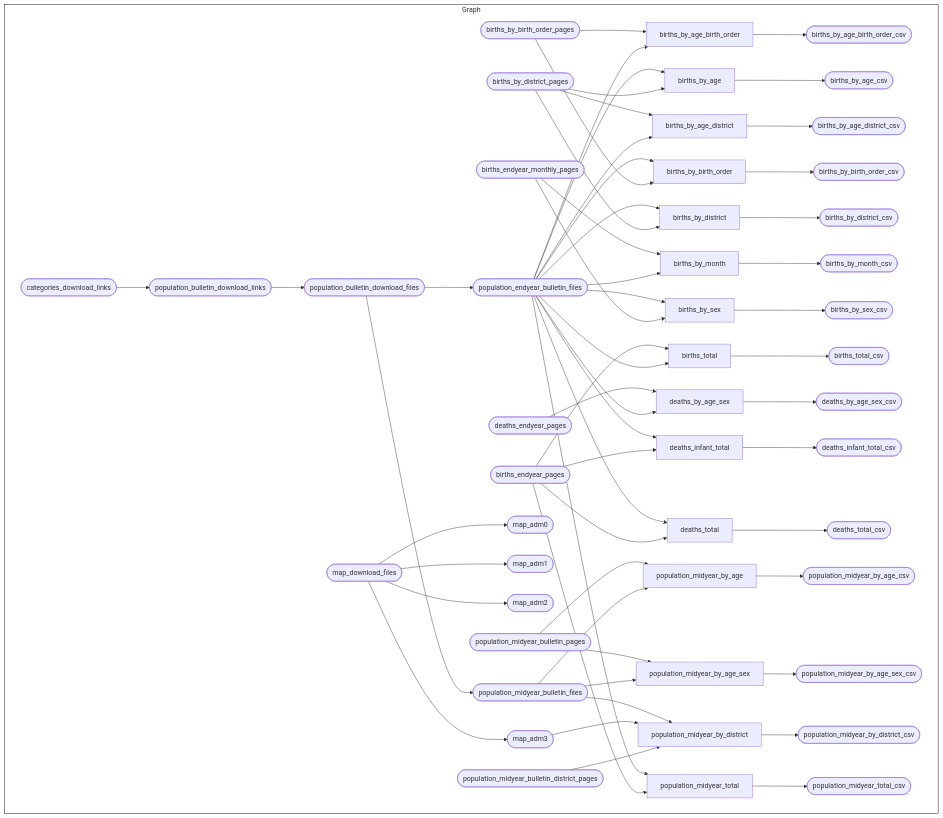
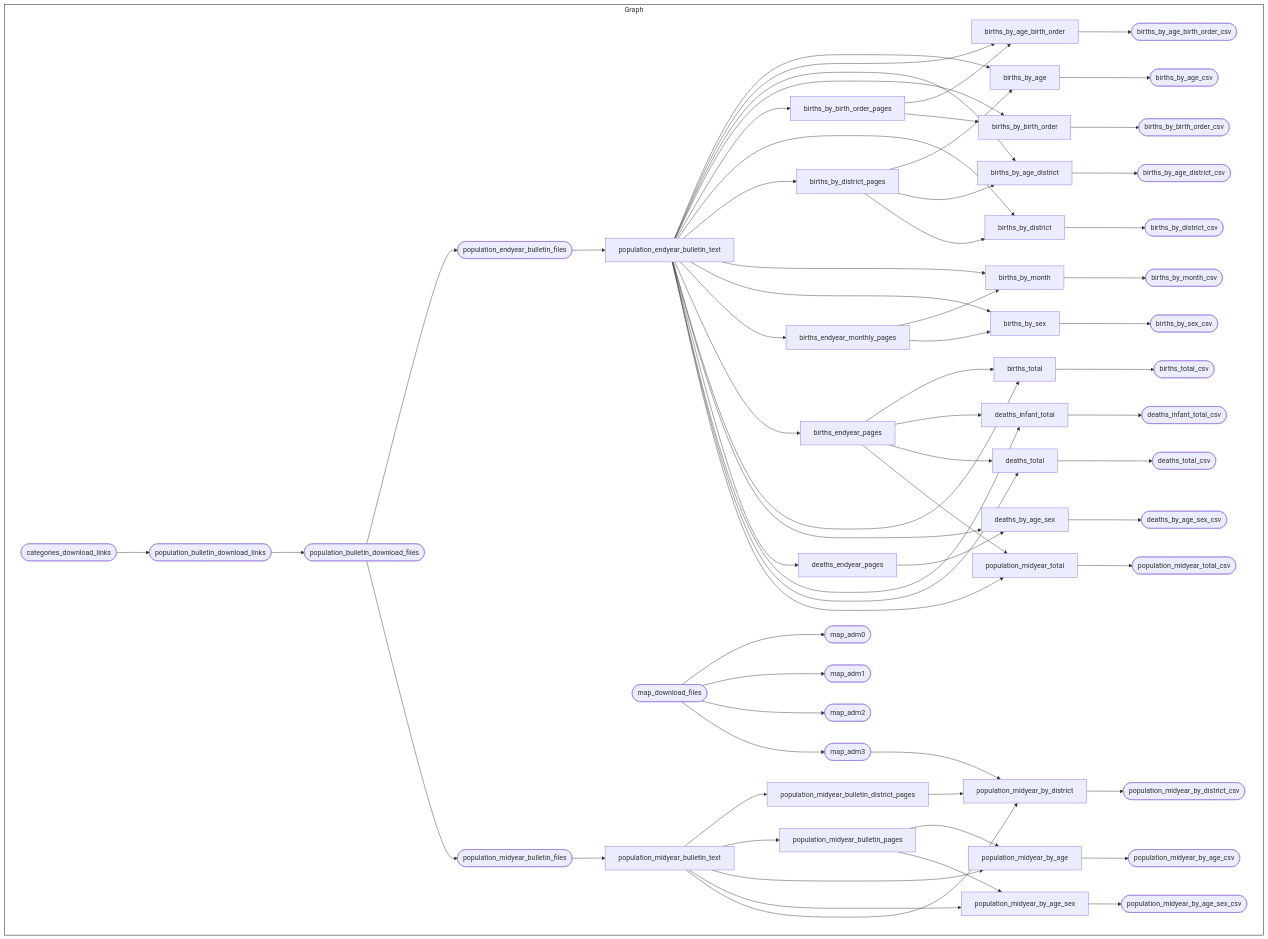
One commit to OxfordIHTM/seychelles-statistics changed the diagram in README.md. Above: the diagram before and after it, drawn with Mermaid. The commit also changed other lines of this file and 2 other files, not shown here.

Commit message:
re-organise handbook and README; fix #123; fix #124; fix #125

````diff
--- a/README.md
+++ b/README.md
@@ -302,62 +302,71 @@
 ``` mermaid
 graph LR
   style Graph fill:#FFFFFF00,stroke:#000000;
   subgraph Graph
     direction LR
-    x39c53f3806f354bf(["births_by_district_pages"]):::skipped --> xb5d471b223f71093["births_by_age"]:::skipped
-    xeea0ec396e5de5da(["population_endyear_bulletin_files"]):::skipped --> xb5d471b223f71093["births_by_age"]:::skipped
-    xeea0ec396e5de5da(["population_endyear_bulletin_files"]):::skipped --> xfccd4550cd074700["births_by_age_birth_order"]:::skipped
-    x98cd2c1d9abf872a(["births_by_birth_order_pages"]):::skipped --> xfccd4550cd074700["births_by_age_birth_order"]:::skipped
+    x39c53f3806f354bf["births_by_district_pages"]:::skipped --> xb5d471b223f71093["births_by_age"]:::skipped
+    x068156701a18b444["population_endyear_bulletin_text"]:::skipped --> xb5d471b223f71093["births_by_age"]:::skipped
+    x98cd2c1d9abf872a["births_by_birth_order_pages"]:::skipped --> xfccd4550cd074700["births_by_age_birth_order"]:::skipped
+    x068156701a18b444["population_endyear_bulletin_text"]:::skipped --> xfccd4550cd074700["births_by_age_birth_order"]:::skipped
     xfccd4550cd074700["births_by_age_birth_order"]:::skipped --> x0c11dddedf200cf6(["births_by_age_birth_order_csv"]):::completed
     xb5d471b223f71093["births_by_age"]:::skipped --> xbbabd51f8df64492(["births_by_age_csv"]):::completed
-    xeea0ec396e5de5da(["population_endyear_bulletin_files"]):::skipped --> x4094d4f6d0f8f35a["births_by_age_district"]:::skipped
-    x39c53f3806f354bf(["births_by_district_pages"]):::skipped --> x4094d4f6d0f8f35a["births_by_age_district"]:::skipped
+    x39c53f3806f354bf["births_by_district_pages"]:::skipped --> x4094d4f6d0f8f35a["births_by_age_district"]:::skipped
+    x068156701a18b444["population_endyear_bulletin_text"]:::skipped --> x4094d4f6d0f8f35a["births_by_age_district"]:::skipped
     x4094d4f6d0f8f35a["births_by_age_district"]:::skipped --> x11faadcda3280dc2(["births_by_age_district_csv"]):::completed
-    x98cd2c1d9abf872a(["births_by_birth_order_pages"]):::skipped --> x8f0b9b44ecb1c0ea["births_by_birth_order"]:::skipped
-    xeea0ec396e5de5da(["population_endyear_bulletin_files"]):::skipped --> x8f0b9b44ecb1c0ea["births_by_birth_order"]:::skipped
+    x98cd2c1d9abf872a["births_by_birth_order_pages"]:::skipped --> x8f0b9b44ecb1c0ea["births_by_birth_order"]:::skipped
+    x068156701a18b444["population_endyear_bulletin_text"]:::skipped --> x8f0b9b44ecb1c0ea["births_by_birth_order"]:::skipped
     x8f0b9b44ecb1c0ea["births_by_birth_order"]:::skipped --> x516b8a2e1c1f1ca7(["births_by_birth_order_csv"]):::completed
-    x39c53f3806f354bf(["births_by_district_pages"]):::skipped --> x0c2c53d9eeb365ed["births_by_district"]:::skipped
-    xeea0ec396e5de5da(["population_endyear_bulletin_files"]):::skipped --> x0c2c53d9eeb365ed["births_by_district"]:::skipped
-    x0c2c53d9eeb365ed["births_by_district"]:::skipped --> x45f5b18e27a4d0fe(["births_by_district_csv"]):::completed
-    xeea0ec396e5de5da(["population_endyear_bulletin_files"]):::skipped --> x2c584c9caafc1be8["births_by_month"]:::skipped
-    x5c7646da106bc2f6(["births_endyear_monthly_pages"]):::skipped --> x2c584c9caafc1be8["births_by_month"]:::skipped
-    x2c584c9caafc1be8["births_by_month"]:::skipped --> xa87bb9563f27e00c(["births_by_month_csv"]):::completed
-    x5c7646da106bc2f6(["births_endyear_monthly_pages"]):::skipped --> x1e485a7f2384826f["births_by_sex"]:::skipped
-    xeea0ec396e5de5da(["population_endyear_bulletin_files"]):::skipped --> x1e485a7f2384826f["births_by_sex"]:::skipped
-    x1e485a7f2384826f["births_by_sex"]:::skipped --> xa6b75ce42a7aa79e(["births_by_sex_csv"]):::completed
-    xeea0ec396e5de5da(["population_endyear_bulletin_files"]):::skipped --> x2f4500c2756065a9["births_total"]:::skipped
-    xe648a7801cd2da2c(["births_endyear_pages"]):::skipped --> x2f4500c2756065a9["births_total"]:::skipped
-    x2f4500c2756065a9["births_total"]:::skipped --> xd95928afea598d8e(["births_total_csv"]):::completed
-    xeea0ec396e5de5da(["population_endyear_bulletin_files"]):::skipped --> xae333981c466810a["deaths_by_age_sex"]:::skipped
-    x344a2780ffaeb7bd(["deaths_endyear_pages"]):::skipped --> xae333981c466810a["deaths_by_age_sex"]:::skipped
-    xae333981c466810a["deaths_by_age_sex"]:::skipped --> xaf8165dda7ea936b(["deaths_by_age_sex_csv"]):::completed
-    xe648a7801cd2da2c(["births_endyear_pages"]):::skipped --> x1d5c00f1e4e41ab7["deaths_infant_total"]:::skipped
-    xeea0ec396e5de5da(["population_endyear_bulletin_files"]):::skipped --> x1d5c00f1e4e41ab7["deaths_infant_total"]:::skipped
-    x1d5c00f1e4e41ab7["deaths_infant_total"]:::skipped --> x548dbfa0844427dc(["deaths_infant_total_csv"]):::completed
-    xe648a7801cd2da2c(["births_endyear_pages"]):::skipped --> xfd0ff0d9529d4bbd["deaths_total"]:::skipped
-    xeea0ec396e5de5da(["population_endyear_bulletin_files"]):::skipped --> xfd0ff0d9529d4bbd["deaths_total"]:::skipped
-    xfd0ff0d9529d4bbd["deaths_total"]:::skipped --> xe42488d3267f69ff(["deaths_total_csv"]):::completed
+    x068156701a18b444["population_endyear_bulletin_text"]:::skipped --> x98cd2c1d9abf872a["births_by_birth_order_pages"]:::skipped
+    x068156701a18b444["population_endyear_bulletin_text"]:::skipped --> x0c2c53d9eeb365ed["births_by_district"]:::skipped
+    x39c53f3806f354bf["births_by_district_pages"]:::skipped --> x0c2c53d9eeb365ed["births_by_district"]:::skipped
+    x0c2c53d9eeb365ed["births_by_district"]:::skipped --> x45f5b18e27a4d0fe(["births_by_district_csv"]):::skipped
+    x068156701a18b444["population_endyear_bulletin_text"]:::skipped --> x39c53f3806f354bf["births_by_district_pages"]:::skipped
+    x068156701a18b444["population_endyear_bulletin_text"]:::skipped --> x2c584c9caafc1be8["births_by_month"]:::skipped
+    x5c7646da106bc2f6["births_endyear_monthly_pages"]:::skipped --> x2c584c9caafc1be8["births_by_month"]:::skipped
+    x2c584c9caafc1be8["births_by_month"]:::skipped --> xa87bb9563f27e00c(["births_by_month_csv"]):::skipped
+    x5c7646da106bc2f6["births_endyear_monthly_pages"]:::skipped --> x1e485a7f2384826f["births_by_sex"]:::skipped
+    x068156701a18b444["population_endyear_bulletin_text"]:::skipped --> x1e485a7f2384826f["births_by_sex"]:::skipped
+    x1e485a7f2384826f["births_by_sex"]:::skipped --> xa6b75ce42a7aa79e(["births_by_sex_csv"]):::skipped
+    x068156701a18b444["population_endyear_bulletin_text"]:::skipped --> x5c7646da106bc2f6["births_endyear_monthly_pages"]:::skipped
+    x068156701a18b444["population_endyear_bulletin_text"]:::skipped --> xe648a7801cd2da2c["births_endyear_pages"]:::skipped
+    xe648a7801cd2da2c["births_endyear_pages"]:::skipped --> x2f4500c2756065a9["births_total"]:::skipped
+    x068156701a18b444["population_endyear_bulletin_text"]:::skipped --> x2f4500c2756065a9["births_total"]:::skipped
+    x2f4500c2756065a9["births_total"]:::skipped --> xd95928afea598d8e(["births_total_csv"]):::skipped
+    x344a2780ffaeb7bd["deaths_endyear_pages"]:::skipped --> xae333981c466810a["deaths_by_age_sex"]:::completed
+    x068156701a18b444["population_endyear_bulletin_text"]:::skipped --> xae333981c466810a["deaths_by_age_sex"]:::completed
+    xae333981c466810a["deaths_by_age_sex"]:::completed --> xaf8165dda7ea936b(["deaths_by_age_sex_csv"]):::completed
+    x068156701a18b444["population_endyear_bulletin_text"]:::skipped --> x344a2780ffaeb7bd["deaths_endyear_pages"]:::skipped
+    x068156701a18b444["population_endyear_bulletin_text"]:::skipped --> x1d5c00f1e4e41ab7["deaths_infant_total"]:::skipped
+    xe648a7801cd2da2c["births_endyear_pages"]:::skipped --> x1d5c00f1e4e41ab7["deaths_infant_total"]:::skipped
+    x1d5c00f1e4e41ab7["deaths_infant_total"]:::skipped --> x548dbfa0844427dc(["deaths_infant_total_csv"]):::skipped
+    xe648a7801cd2da2c["births_endyear_pages"]:::skipped --> xfd0ff0d9529d4bbd["deaths_total"]:::skipped
+    x068156701a18b444["population_endyear_bulletin_text"]:::skipped --> xfd0ff0d9529d4bbd["deaths_total"]:::skipped
+    xfd0ff0d9529d4bbd["deaths_total"]:::skipped --> xe42488d3267f69ff(["deaths_total_csv"]):::skipped
     x8e509dc7997a12f8(["map_download_files"]):::skipped --> x4851b2941f7c62fc(["map_adm0"]):::skipped
     x8e509dc7997a12f8(["map_download_files"]):::skipped --> xccb26dd891c9a035(["map_adm1"]):::skipped
     x8e509dc7997a12f8(["map_download_files"]):::skipped --> x30d02f8bff8e7f8d(["map_adm2"]):::skipped
     x8e509dc7997a12f8(["map_download_files"]):::skipped --> x7b26bed1fc581742(["map_adm3"]):::skipped
     x90a781ac8daf46c6(["population_bulletin_download_links"]):::skipped --> x303dcb35f327bc97(["population_bulletin_download_files"]):::skipped
     xa7b0e3bf1c25b597(["categories_download_links"]):::skipped --> x90a781ac8daf46c6(["population_bulletin_download_links"]):::skipped
     x303dcb35f327bc97(["population_bulletin_download_files"]):::skipped --> xeea0ec396e5de5da(["population_endyear_bulletin_files"]):::skipped
+    xeea0ec396e5de5da(["population_endyear_bulletin_files"]):::skipped --> x068156701a18b444["population_endyear_bulletin_text"]:::skipped
+    x0d01604fe60472ef["population_midyear_bulletin_text"]:::skipped --> x9f6b6d2ed74a37b4["population_midyear_bulletin_district_pages"]:::skipped
     x303dcb35f327bc97(["population_bulletin_download_files"]):::skipped --> x52e965cb7c1cd1fc(["population_midyear_bulletin_files"]):::skipped
-    x52e965cb7c1cd1fc(["population_midyear_bulletin_files"]):::skipped --> x946771421caaa150["population_midyear_by_age"]:::skipped
-    xefa1a60843915f9f(["population_midyear_bulletin_pages"]):::skipped --> x946771421caaa150["population_midyear_by_age"]:::skipped
-    x946771421caaa150["population_midyear_by_age"]:::skipped --> xa1686cc888963231(["population_midyear_by_age_csv"]):::completed
-    x52e965cb7c1cd1fc(["population_midyear_bulletin_files"]):::skipped --> x426614807f974316["population_midyear_by_age_sex"]:::skipped
-    xefa1a60843915f9f(["population_midyear_bulletin_pages"]):::skipped --> x426614807f974316["population_midyear_by_age_sex"]:::skipped
-    x426614807f974316["population_midyear_by_age_sex"]:::skipped --> xf3039e66b37a1219(["population_midyear_by_age_sex_csv"]):::completed
-    x9f6b6d2ed74a37b4(["population_midyear_bulletin_district_pages"]):::skipped --> xd0c8e8b884ab8581["population_midyear_by_district"]:::skipped
+    x0d01604fe60472ef["population_midyear_bulletin_text"]:::skipped --> xefa1a60843915f9f["population_midyear_bulletin_pages"]:::skipped
+    x52e965cb7c1cd1fc(["population_midyear_bulletin_files"]):::skipped --> x0d01604fe60472ef["population_midyear_bulletin_text"]:::skipped
+    xefa1a60843915f9f["population_midyear_bulletin_pages"]:::skipped --> x946771421caaa150["population_midyear_by_age"]:::skipped
+    x0d01604fe60472ef["population_midyear_bulletin_text"]:::skipped --> x946771421caaa150["population_midyear_by_age"]:::skipped
+    x946771421caaa150["population_midyear_by_age"]:::skipped --> xa1686cc888963231(["population_midyear_by_age_csv"]):::skipped
+    xefa1a60843915f9f["population_midyear_bulletin_pages"]:::skipped --> x426614807f974316["population_midyear_by_age_sex"]:::skipped
+    x0d01604fe60472ef["population_midyear_bulletin_text"]:::skipped --> x426614807f974316["population_midyear_by_age_sex"]:::skipped
+    x426614807f974316["population_midyear_by_age_sex"]:::skipped --> xf3039e66b37a1219(["population_midyear_by_age_sex_csv"]):::skipped
     x7b26bed1fc581742(["map_adm3"]):::skipped --> xd0c8e8b884ab8581["population_midyear_by_district"]:::skipped
-    x52e965cb7c1cd1fc(["population_midyear_bulletin_files"]):::skipped --> xd0c8e8b884ab8581["population_midyear_by_district"]:::skipped
-    xd0c8e8b884ab8581["population_midyear_by_district"]:::skipped --> xf94a6bce4cea6c14(["population_midyear_by_district_csv"]):::completed
-    xe648a7801cd2da2c(["births_endyear_pages"]):::skipped --> x52d6a6119be69714["population_midyear_total"]:::skipped
-    xeea0ec396e5de5da(["population_endyear_bulletin_files"]):::skipped --> x52d6a6119be69714["population_midyear_total"]:::skipped
-    x52d6a6119be69714["population_midyear_total"]:::skipped --> x37b834e41770c27f(["population_midyear_total_csv"]):::completed
+    x9f6b6d2ed74a37b4["population_midyear_bulletin_district_pages"]:::skipped --> xd0c8e8b884ab8581["population_midyear_by_district"]:::skipped
+    x0d01604fe60472ef["population_midyear_bulletin_text"]:::skipped --> xd0c8e8b884ab8581["population_midyear_by_district"]:::skipped
+    xd0c8e8b884ab8581["population_midyear_by_district"]:::skipped --> xf94a6bce4cea6c14(["population_midyear_by_district_csv"]):::skipped
+    x068156701a18b444["population_endyear_bulletin_text"]:::skipped --> x52d6a6119be69714["population_midyear_total"]:::skipped
+    xe648a7801cd2da2c["births_endyear_pages"]:::skipped --> x52d6a6119be69714["population_midyear_total"]:::skipped
+    x52d6a6119be69714["population_midyear_total"]:::skipped --> x37b834e41770c27f(["population_midyear_total_csv"]):::skipped
     
   end
 ```
````
